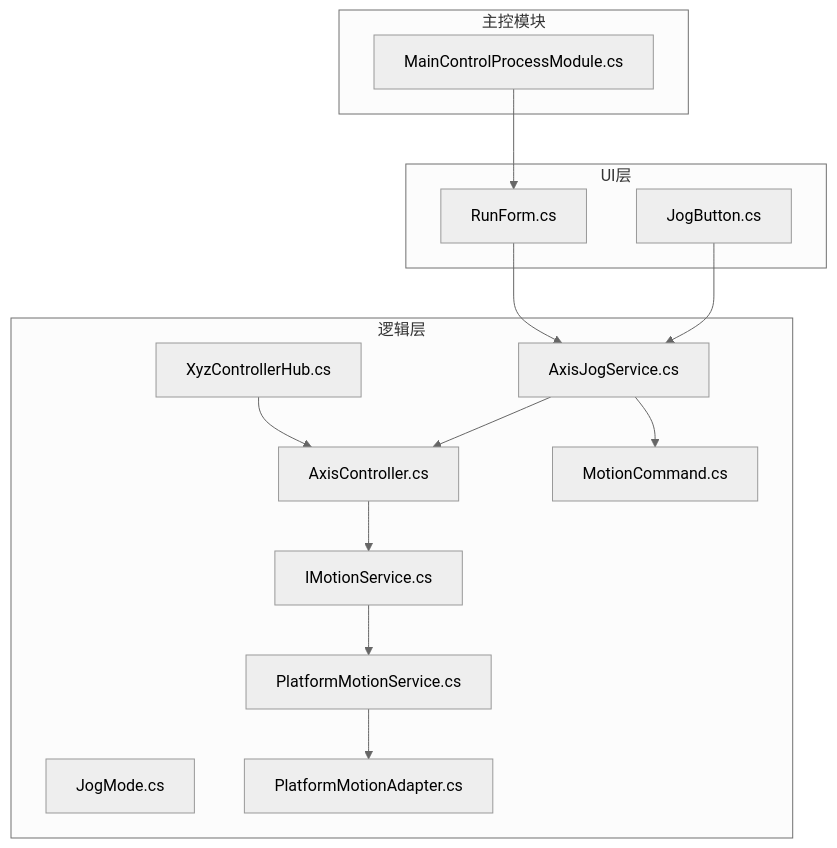
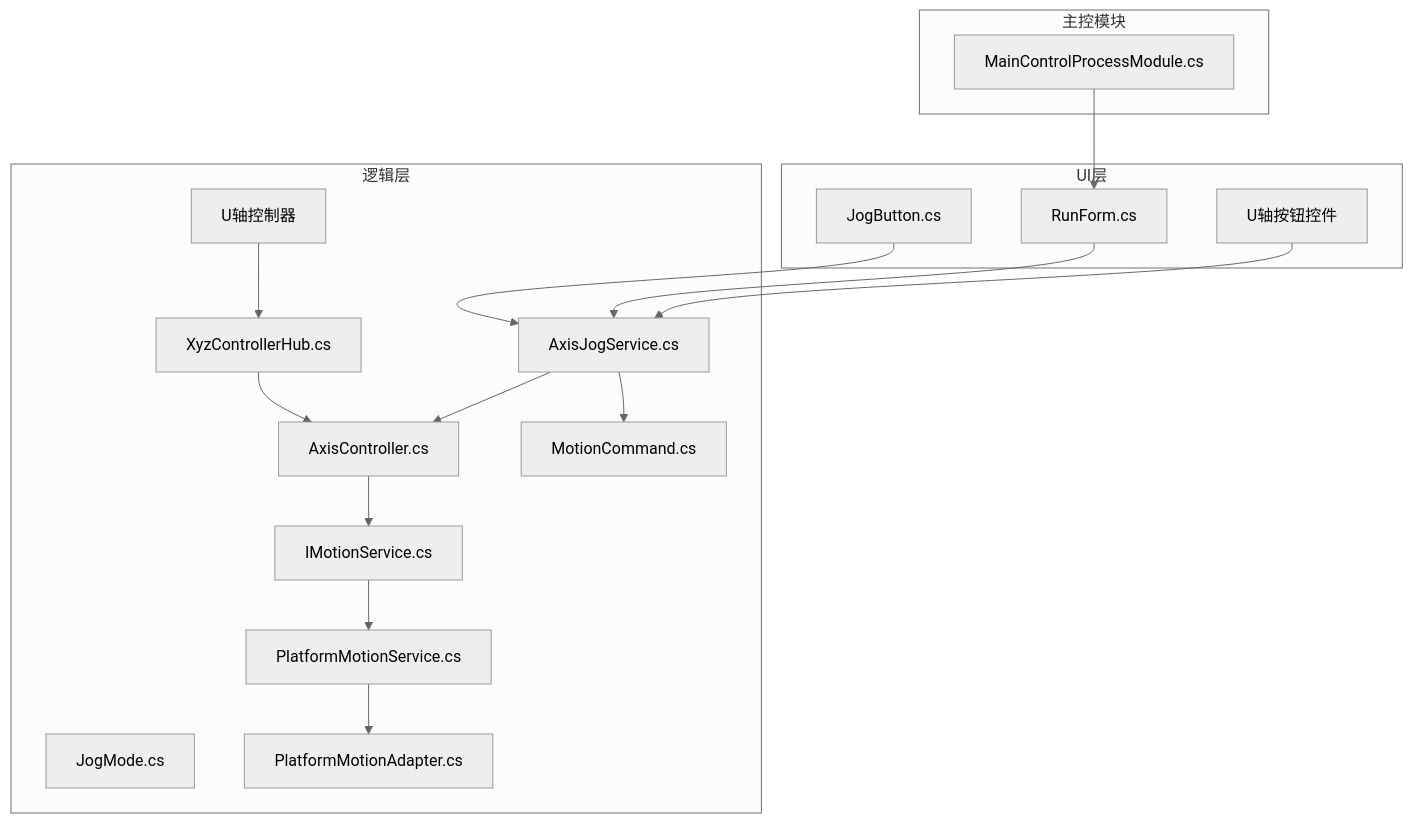
The first of 6 diagrams in .qoder/repowiki/zh/content/运动控制系统/Jog点动控制系统.md (fuweiq94-cloud/339918076), drawn with Mermaid (neutral theme) before and after one commit. The commit also changed other lines of this file and 84 other files, not shown here.

````diff
--- a/.qoder/repowiki/zh/content/运动控制系统/Jog点动控制系统.md
+++ b/.qoder/repowiki/zh/content/运动控制系统/Jog点动控制系统.md
@@ -46,29 +56,33 @@
 ```mermaid
 graph TB
 subgraph "UI层"
 JB["JogButton.cs"]
 RF["RunForm.cs"]
+UB["U轴按钮控件"]
 end
 subgraph "逻辑层"
 AJS["AxisJogService.cs"]
 JM["JogMode.cs"]
 AC["AxisController.cs"]
 MC["MotionCommand.cs"]
 IM["IMotionService.cs"]
 PMA["PlatformMotionAdapter.cs"]
 PMS["PlatformMotionService.cs"]
 XH["XyzControllerHub.cs"]
+UC["U轴控制器"]
 end
 subgraph "主控模块"
 MCPM["MainControlProcessModule.cs"]
 end
 JB --> AJS
 RF --> AJS
+UB --> AJS
 AJS --> AC
 AJS --> MC
 AC --> IM
 IM --> PMS
 PMS --> PMA
 XH --> AC
+UC --> XH
 MCPM --> RF
 ```
````
